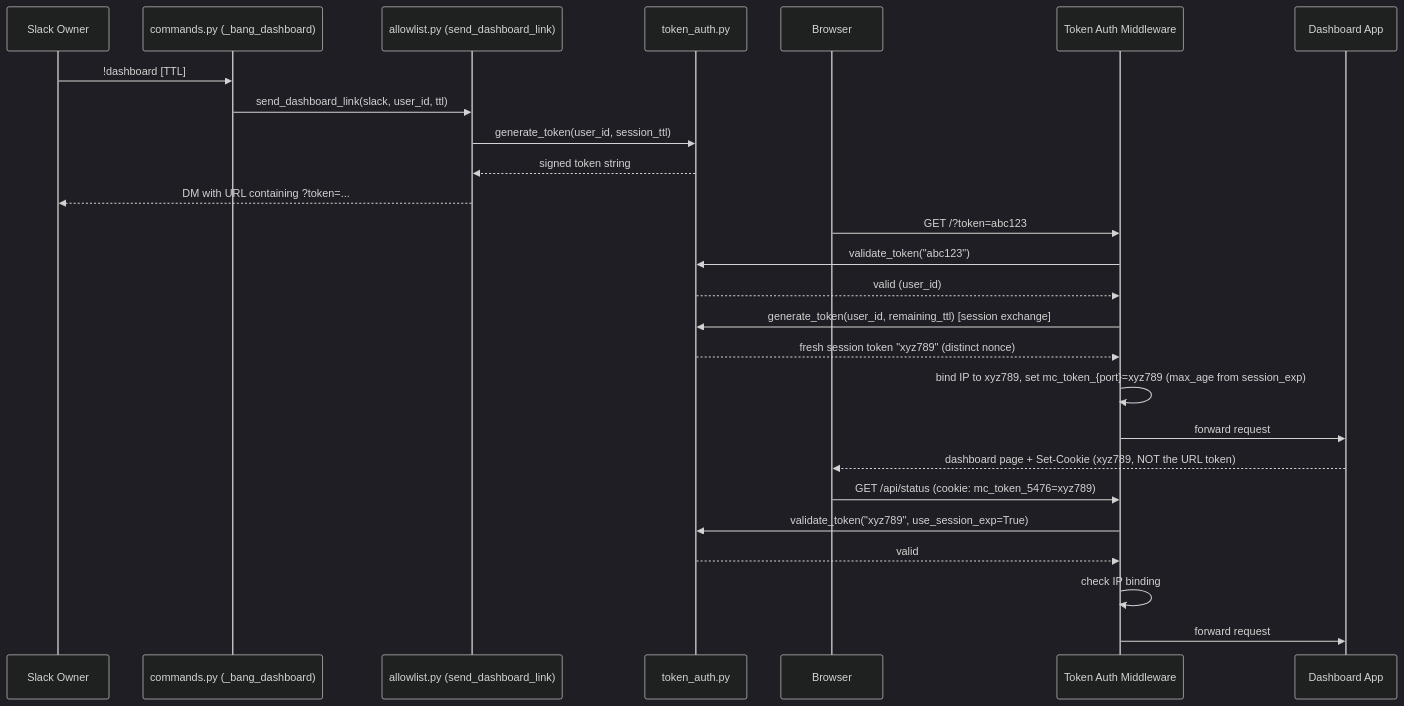
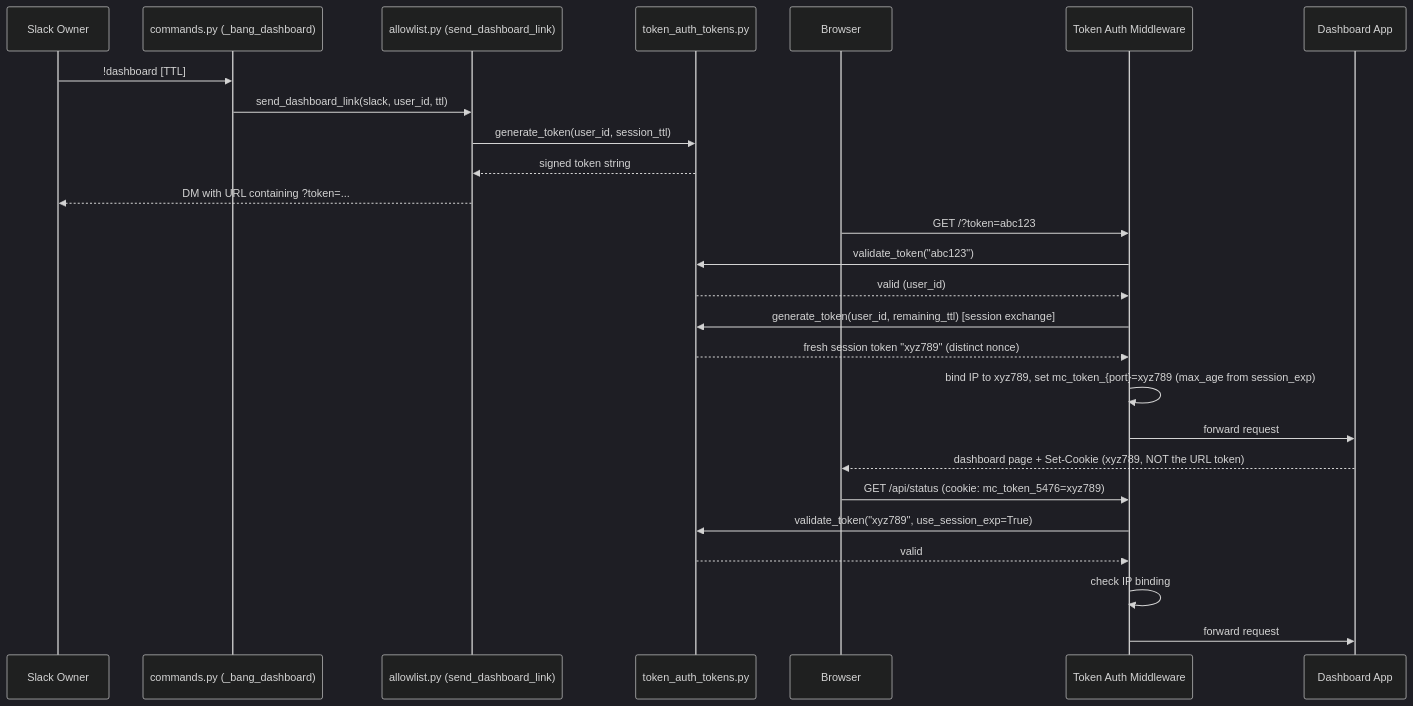
The first of 2 diagrams in docs/system-specs/modules/dashboard-token-auth.md (kirodotdev/KiroCrew), drawn with Mermaid (dark theme) before and after one commit. The commit also changed 7 other files, not shown here.

````diff
--- a/docs/system-specs/modules/dashboard-token-auth.md
+++ b/docs/system-specs/modules/dashboard-token-auth.md
@@ -64,31 +64,31 @@
 ```mermaid
 sequenceDiagram
     participant Owner as Slack Owner
     participant Handler as commands.py (_bang_dashboard)
     participant Allowlist as allowlist.py (send_dashboard_link)
-    participant TokenGen as token_auth.py
+    participant TokenGen as token_auth_tokens.py
     participant Browser as Browser
     participant MW as Token Auth Middleware
     participant App as Dashboard App
 
     Owner->>Handler: !dashboard [TTL]
     Handler->>Allowlist: send_dashboard_link(slack, user_id, ttl)
     Allowlist->>TokenGen: generate_token(user_id, session_ttl)
     TokenGen-->>Allowlist: signed token string
     Allowlist-->>Owner: DM with URL containing ?token=...
 
     Browser->>MW: GET /?token=abc123
     MW->>TokenGen: validate_token("abc123")
     TokenGen-->>MW: valid (user_id)
     MW->>TokenGen: generate_token(user_id, remaining_ttl)  [session exchange]
     TokenGen-->>MW: fresh session token "xyz789" (distinct nonce)
     MW->>MW: bind IP to xyz789, set mc_token_{port}=xyz789 (max_age from session_exp)
     MW->>App: forward request
     App-->>Browser: dashboard page + Set-Cookie (xyz789, NOT the URL token)
 
     Browser->>MW: GET /api/status (cookie: mc_token_5476=xyz789)
     MW->>TokenGen: validate_token("xyz789", use_session_exp=True)
     TokenGen-->>MW: valid
     MW->>MW: check IP binding
     MW->>App: forward request
 ```
````
